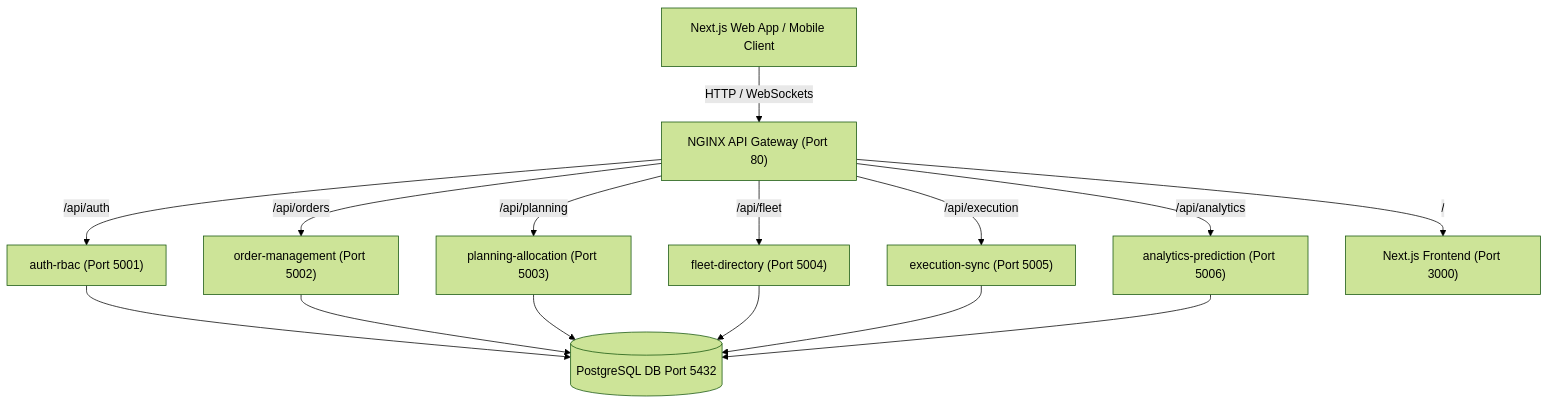
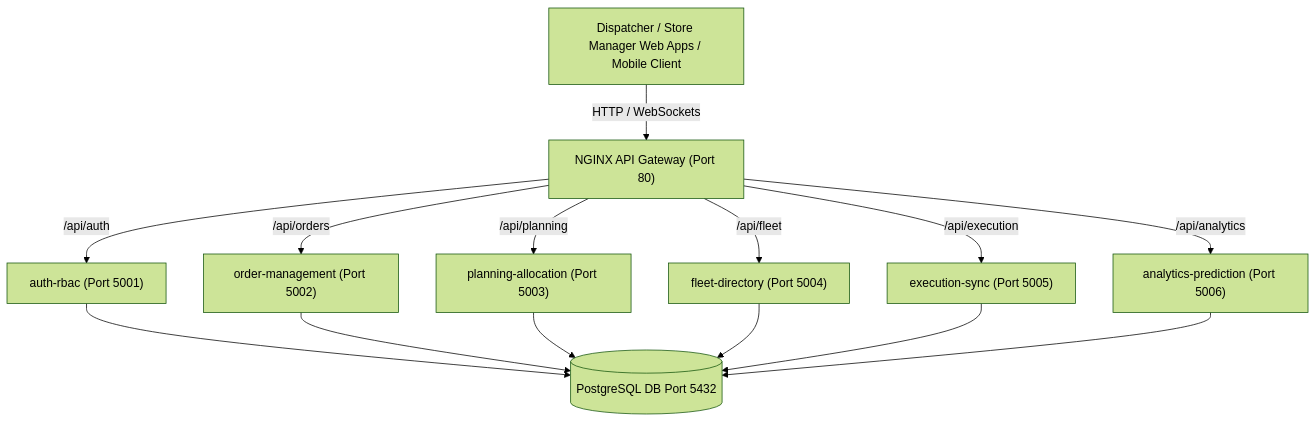
The diagram in docs/architecture.md (navod-abay/Cryptonovate_WayPath), drawn with Mermaid (forest theme) before and after one commit. The commit also changed 48 other files, not shown here.

Commit message:
Frontends running on different ports. Service ports synced to ports that was mentioned in the Readme file. Remove remnants of nextJS app.

````diff
--- a/docs/architecture.md
+++ b/docs/architecture.md
@@ -7,19 +7,18 @@
 ```mermaid
 graph TD
-    Client["Next.js Web App / Mobile Client"] -->|HTTP / WebSockets| Gateway["NGINX API Gateway (Port 80)"]
+    Client["Dispatcher / Store Manager Web Apps / Mobile Client"] -->|HTTP / WebSockets| Gateway["NGINX API Gateway (Port 80)"]
     
     Gateway -->|/api/auth| Auth["auth-rbac (Port 5001)"]
     Gateway -->|/api/orders| Orders["order-management (Port 5002)"]
     Gateway -->|/api/planning| Planning["planning-allocation (Port 5003)"]
     Gateway -->|/api/fleet| Fleet["fleet-directory (Port 5004)"]
     Gateway -->|/api/execution| Execution["execution-sync (Port 5005)"]
     Gateway -->|/api/analytics| Analytics["analytics-prediction (Port 5006)"]
-    Gateway -->|/| Frontend["Next.js Frontend (Port 3000)"]
 
     Auth --> Postgres[(PostgreSQL DB Port 5432)]
     Orders --> Postgres
     Planning --> Postgres
     Fleet --> Postgres
     Execution --> Postgres
     Analytics --> Postgres
 ```
````
